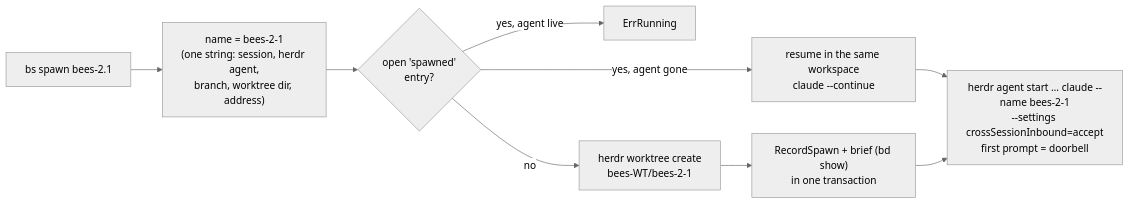
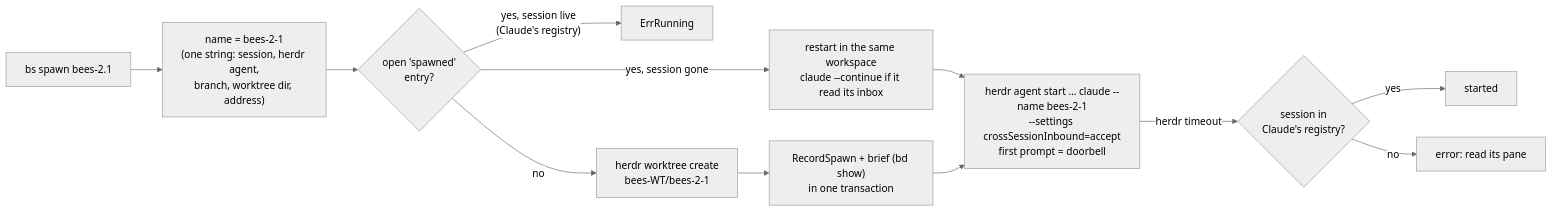
Before and after one commit to jmmshn/bees: the fourth of 4 diagrams in README.md, drawn with Mermaid (neutral theme). The commit also changed 4 other files, not shown here.

Commit message:
docs: ADR-0007 and R39, Claude's registry confirms a launch (bees-1.14)

````diff
--- a/README.md
+++ b/README.md
@@ -151,11 +151,14 @@
 ```mermaid
 flowchart LR
     S["bs spawn bees-2.1"] --> N["name = bees-2-1<br/>(one string: session, herdr agent,<br/>branch, worktree dir, address)"]
     N --> X{open 'spawned'<br/>entry?}
-    X -- "yes, agent live" --> E1[ErrRunning]
-    X -- "yes, agent gone" --> RS["resume in the same workspace<br/>claude --continue"]
+    X -- "yes, session live<br/>(Claude's registry)" --> E1[ErrRunning]
+    X -- "yes, session gone" --> RS["restart in the same workspace<br/>claude --continue if it read its inbox"]
     RS --> ST
     X -- no --> WT["herdr worktree create<br/>bees-WT/bees-2-1"]
     WT --> REC["RecordSpawn + brief (bd show)<br/>in one transaction"]
     REC --> ST["herdr agent start … claude --name bees-2-1<br/>--settings crossSessionInbound=accept<br/>first prompt = doorbell"]
+    ST -- "herdr timeout" --> C{"session in<br/>Claude's registry?"}
+    C -- yes --> OK[started]
+    C -- no --> E2["error: read its pane"]
 ```
````
